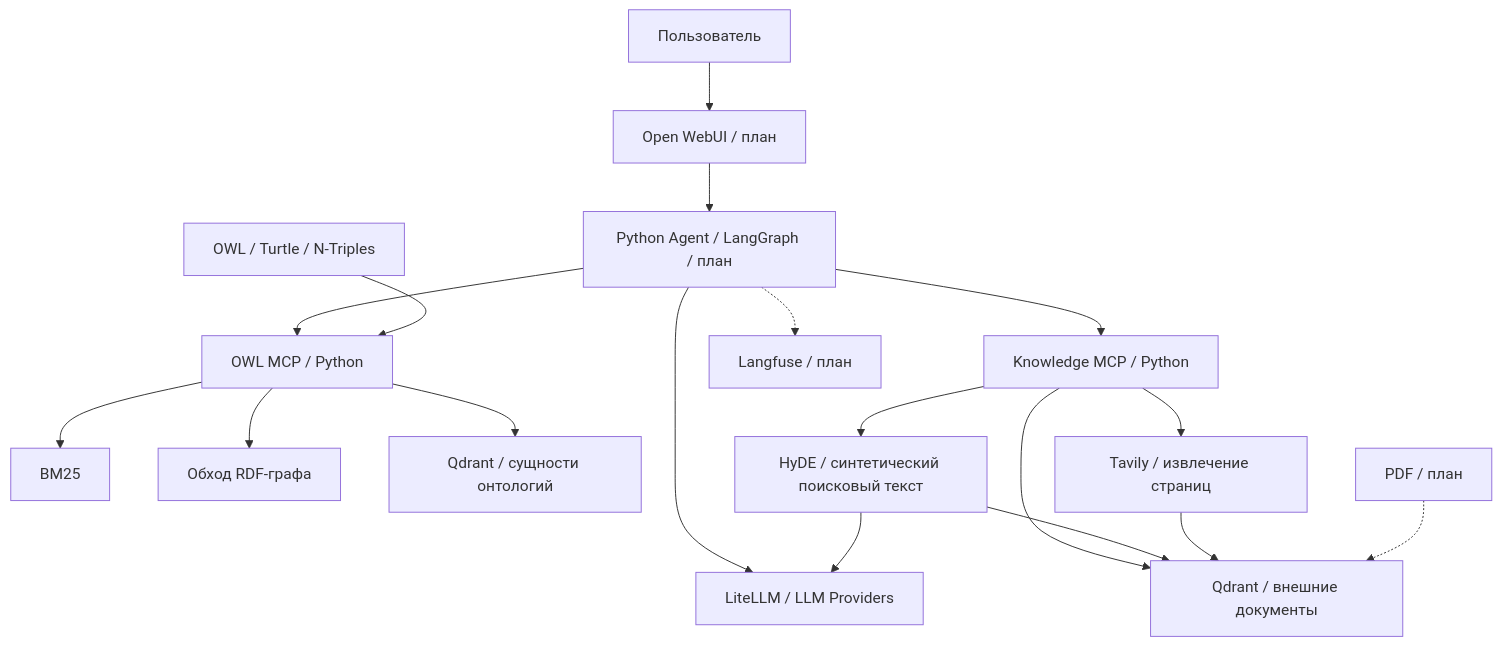
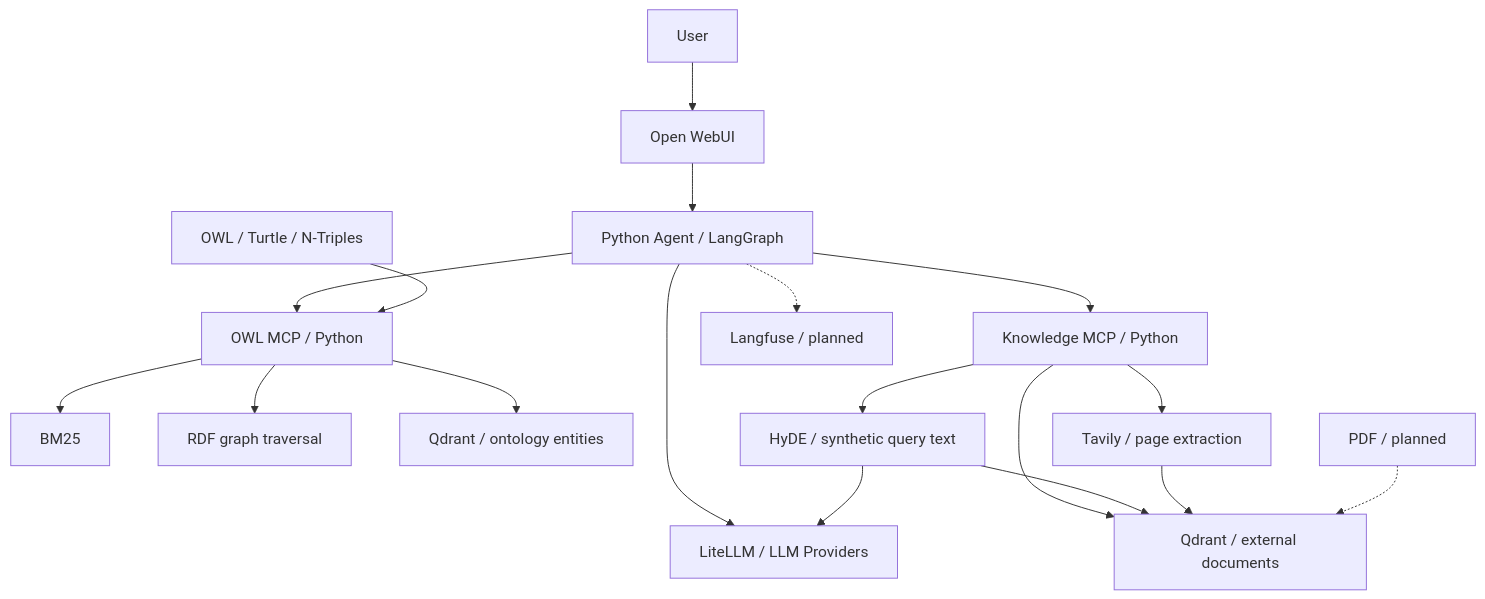
Before and after one commit to sidjik/RAG_OWL_AGENT: the diagram in README.md, drawn with Mermaid. The commit also changed other lines of this file and 9 other files, not shown here.

````diff
--- a/README.md
+++ b/README.md
@@ -95,20 +97,20 @@
 ```mermaid
 flowchart TB
-    user[Пользователь] --> ui[Open WebUI / план]
-    ui --> agent[Python Agent / LangGraph / план]
+    user[User] --> ui[Open WebUI]
+    ui --> agent[Python Agent / LangGraph]
     agent --> llm[LiteLLM / LLM Providers]
     agent --> owl[OWL MCP / Python]
     agent --> knowledge[Knowledge MCP / Python]
     owl --> lexical[BM25]
-    owl --> traversal[Обход RDF-графа]
-    owl --> entities[Qdrant / сущности онтологий]
+    owl --> traversal[RDF graph traversal]
+    owl --> entities[Qdrant / ontology entities]
     files[OWL / Turtle / N-Triples] --> owl
-    knowledge --> chunks[Qdrant / внешние документы]
-    knowledge --> hyde[HyDE / синтетический поисковый текст]
+    knowledge --> chunks[Qdrant / external documents]
+    knowledge --> hyde[HyDE / synthetic query text]
     hyde --> llm
     hyde --> chunks
-    knowledge --> web[Tavily / извлечение страниц]
+    knowledge --> web[Tavily / page extraction]
     web --> chunks
-    pdf[PDF / план] -.-> chunks
-    agent -.-> traces[Langfuse / план]
+    pdf[PDF / planned] -.-> chunks
+    agent -.-> traces[Langfuse / planned]
 ```
````
